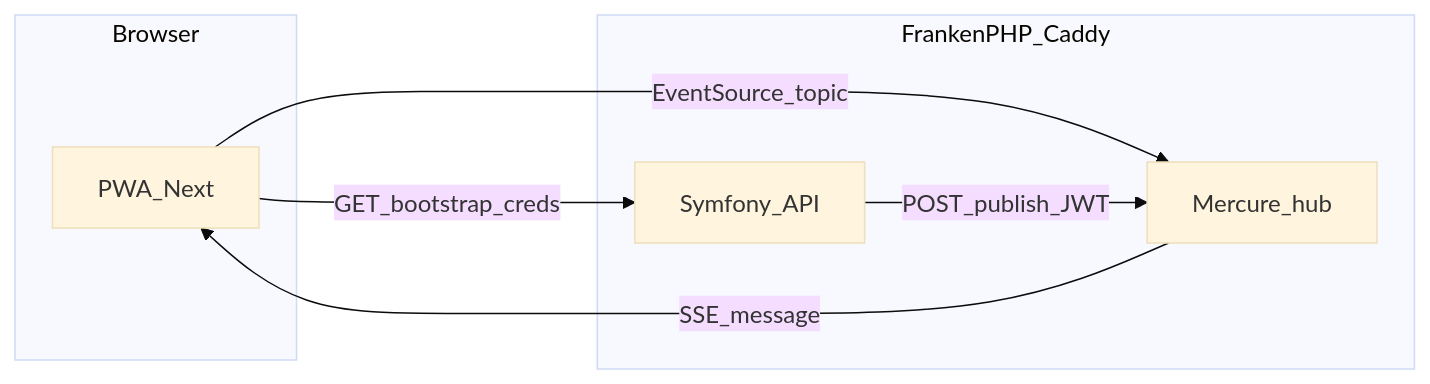
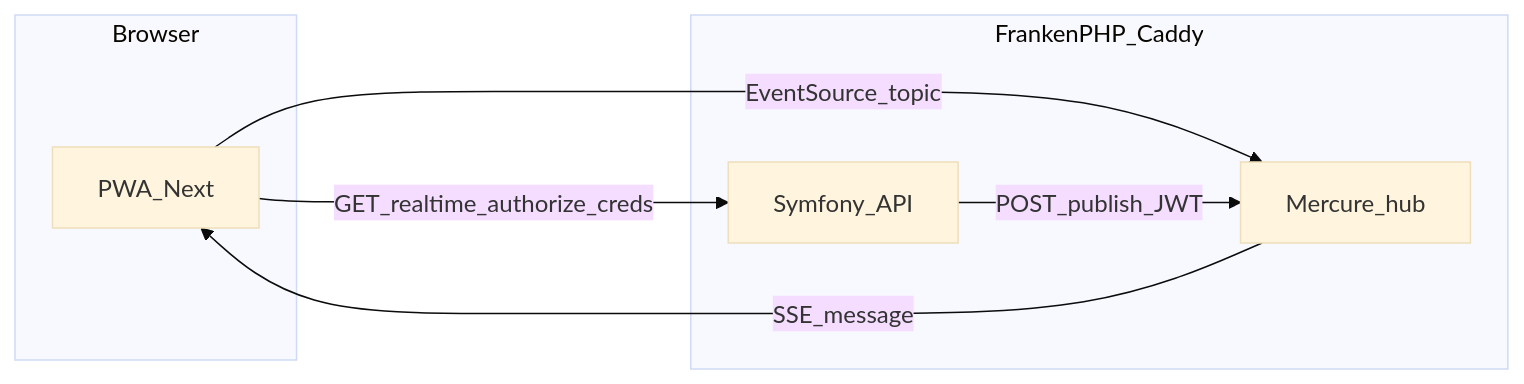
Before and after one commit to sergio-salcedo-dev/ERPify: the diagram in docs-info/mercure.md, drawn with Mermaid (base theme). The commit also changed other lines of this file and 33 other files, not shown here.

````diff
--- a/docs-info/mercure.md
+++ b/docs-info/mercure.md
@@ -55,14 +45,14 @@
 ```mermaid
 flowchart LR
   subgraph browser [Browser]
     PWA[PWA_Next]
   end
   subgraph edge [FrankenPHP_Caddy]
     API[Symfony_API]
     HUB[Mercure_hub]
   end
-  PWA -->|GET_bootstrap_creds| API
+  PWA -->|GET_realtime_authorize_creds| API
   PWA -->|EventSource_topic| HUB
   API -->|POST_publish_JWT| HUB
   HUB -->|SSE_message| PWA
 ```
````
